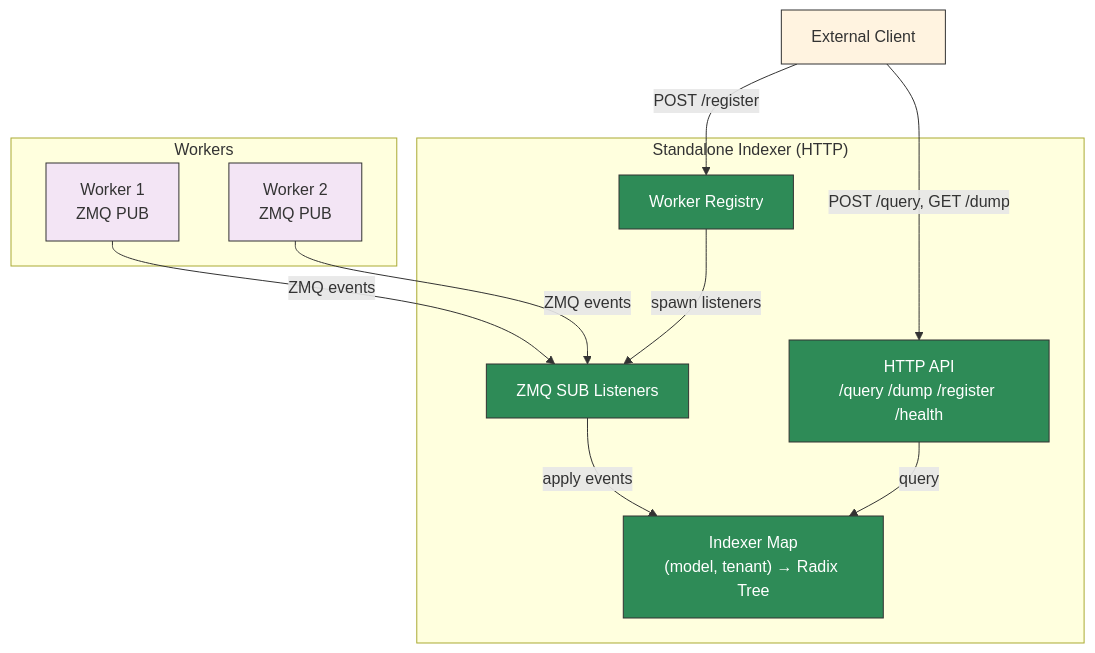
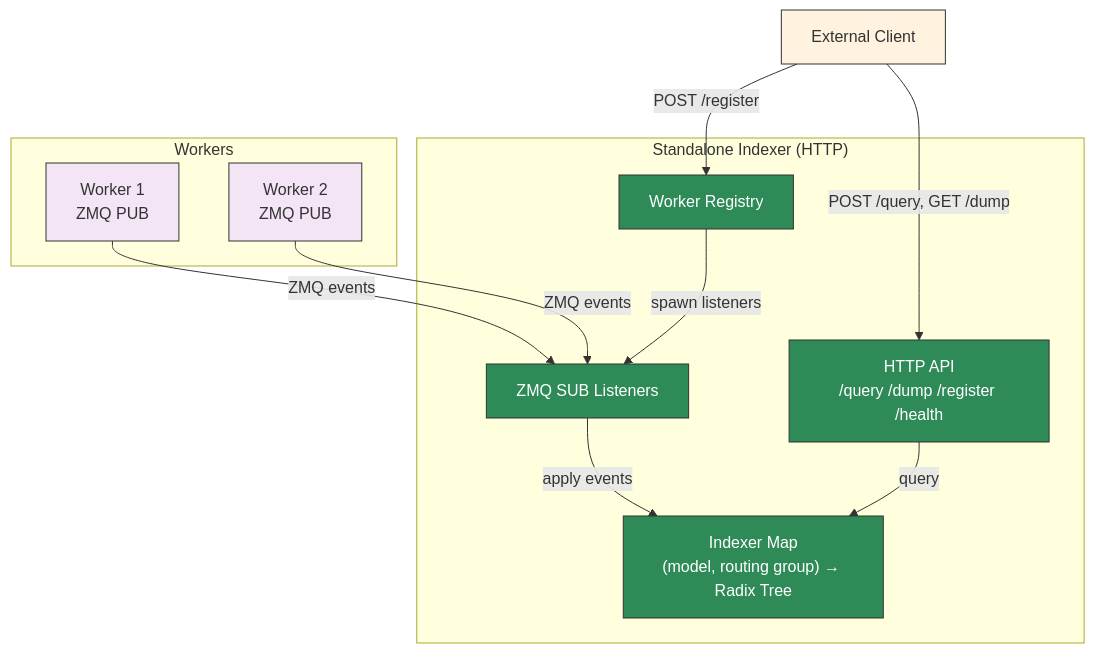
Before and after one commit to githubgxll/dynamo: the first of 2 diagrams in docs/components/router/standalone-indexer.md, drawn with Mermaid. The commit also changed other lines of this file and 836 other files, not shown here.

````diff
--- a/docs/components/router/standalone-indexer.md
+++ b/docs/components/router/standalone-indexer.md
@@ -459,32 +469,32 @@
 ```mermaid
 graph TD
     subgraph Workers
         W1[Worker 1<br/>ZMQ PUB]
         W2[Worker 2<br/>ZMQ PUB]
     end
 
     subgraph "Standalone Indexer (HTTP)"
         REG[Worker Registry]
         ZMQ[ZMQ SUB Listeners]
-        IDX["Indexer Map<br/>(model, tenant) → Radix Tree"]
+        IDX["Indexer Map<br/>(model, routing group) → Radix Tree"]
         HTTP[HTTP API<br/>/query /dump /register /health]
     end
 
     CLIENT[External Client]
 
     W1 -->|ZMQ events| ZMQ
     W2 -->|ZMQ events| ZMQ
     CLIENT -->|POST /register| REG
     REG -->|spawn listeners| ZMQ
     ZMQ -->|apply events| IDX
     CLIENT -->|POST /query, GET /dump| HTTP
     HTTP -->|query| IDX
 
     style W1 fill:#f3e5f5,stroke:#333,color:#333
     style W2 fill:#f3e5f5,stroke:#333,color:#333
     style IDX fill:#2e8b57,stroke:#333,color:#fff
     style ZMQ fill:#2e8b57,stroke:#333,color:#fff
     style REG fill:#2e8b57,stroke:#333,color:#fff
     style HTTP fill:#2e8b57,stroke:#333,color:#fff
     style CLIENT fill:#fff3e0,stroke:#333,color:#333
 ```
````
